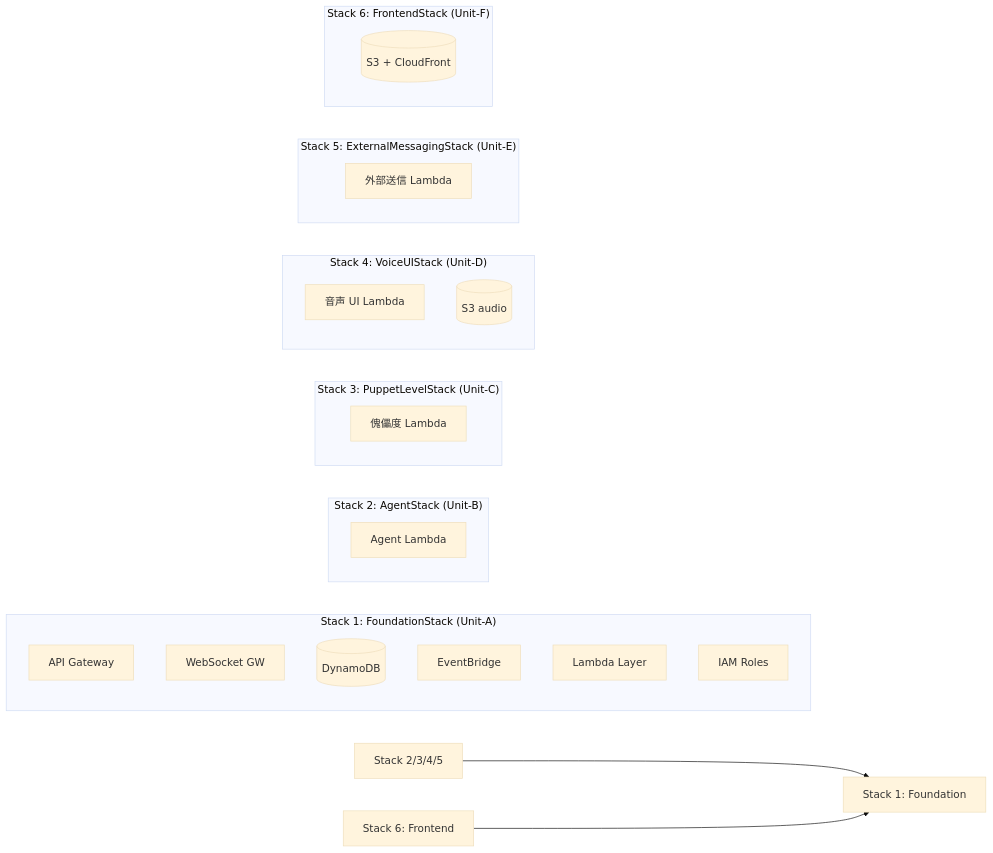
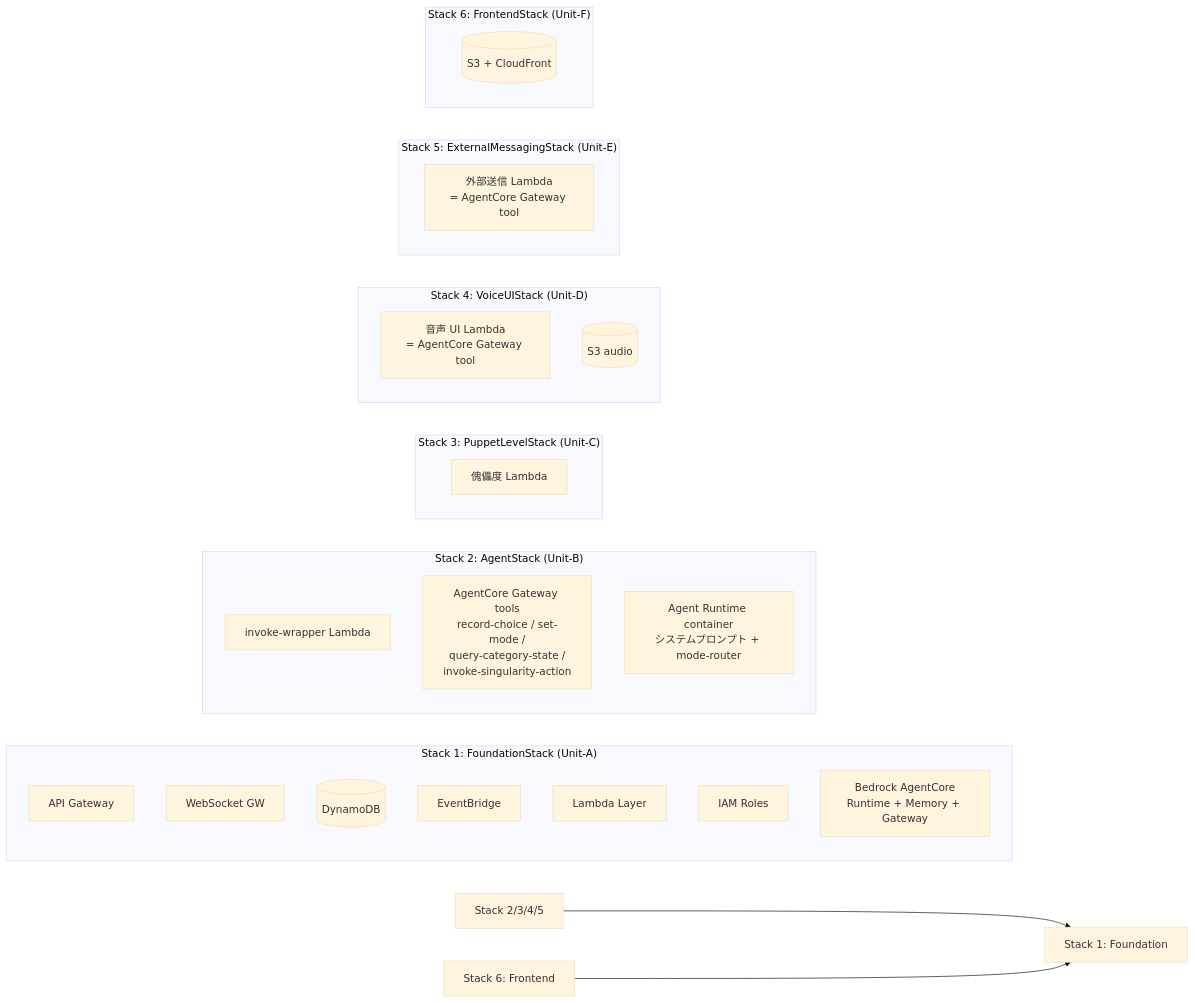
One commit to is-tech-lab/team-dlc-dame-labo-corporation changed the fourth of 4 diagrams in aidlc-docs/inception/application-design/unit-of-work-dependency.md. Above: the diagram before and after it, drawn with Mermaid (base theme). The commit also changed other lines of this file and 3 other files, not shown here.

First line of the commit message:
Adjust Unit-B structure for Bedrock AgentCore implementation

````diff
--- a/aidlc-docs/inception/application-design/unit-of-work-dependency.md
+++ b/aidlc-docs/inception/application-design/unit-of-work-dependency.md
@@ -228,35 +247,38 @@
 ```mermaid
 flowchart LR
     subgraph "Stack 1: FoundationStack (Unit-A)"
         APIGW[API Gateway]
         WSGW[WebSocket GW]
         DDB[(DynamoDB)]
         EB[EventBridge]
         Layer[Lambda Layer]
         IAM[IAM Roles]
+        AgentCore[Bedrock AgentCore<br/>Runtime + Memory + Gateway]
     end
 
     subgraph "Stack 2: AgentStack (Unit-B)"
-        AgentL[Agent Lambda]
+        Wrapper[invoke-wrapper Lambda]
+        Tools[AgentCore Gateway tools<br/>record-choice / set-mode /<br/>query-category-state /<br/>invoke-singularity-action]
+        Runtime[Agent Runtime container<br/>システムプロンプト + mode-router]
     end
 
     subgraph "Stack 3: PuppetLevelStack (Unit-C)"
         PuppetL[傀儡度 Lambda]
     end
 
     subgraph "Stack 4: VoiceUIStack (Unit-D)"
-        VoiceL[音声 UI Lambda]
+        VoiceL[音声 UI Lambda<br/>= AgentCore Gateway tool]
         S3A[(S3 audio)]
     end
 
     subgraph "Stack 5: ExternalMessagingStack (Unit-E)"
-        ExtL[外部送信 Lambda]
+        ExtL[外部送信 Lambda<br/>= AgentCore Gateway tool]
     end
 
     subgraph "Stack 6: FrontendStack (Unit-F)"
         S3F[(S3 + CloudFront)]
     end
 
     Stack2_Agent[Stack 2/3/4/5] --> Stack1[Stack 1: Foundation]
     Stack6_Front[Stack 6: Frontend] --> Stack1
 ```
````
